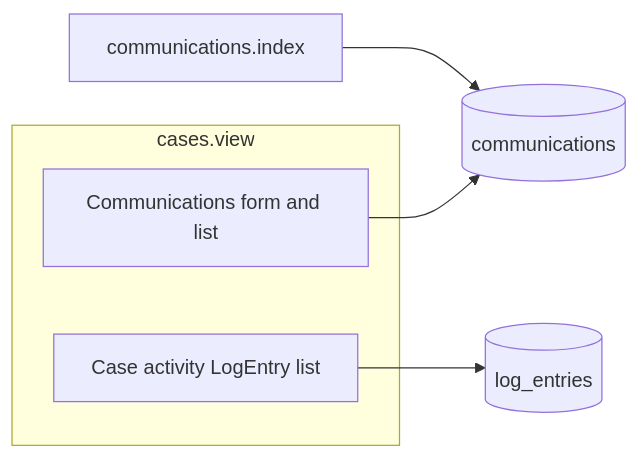
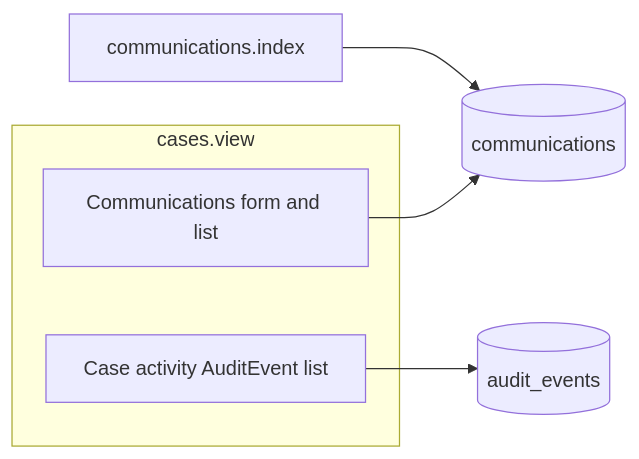
The diagram in .cursor/plans/communications_and_activity.plan.md (mattburnett-repo/servepoint), drawn with Mermaid before and after one commit. The commit also changed other lines of this file and 55 other files, not shown here.

````diff
--- a/.cursor/plans/communications_and_activity.plan.md
+++ b/.cursor/plans/communications_and_activity.plan.md
@@ -42,13 +42,13 @@
 ```mermaid
 flowchart LR
   subgraph casePage [cases.view]
     Comms[Communications form and list]
-    Activity[Case activity LogEntry list]
+    Activity[Case activity AuditEvent list]
   end
   Hub[communications.index]
   DB1[(communications)]
-  DB2[(log_entries)]
+  DB2[(audit_events)]
   Comms --> DB1
   Activity --> DB2
   Hub --> DB1
 ```
````
